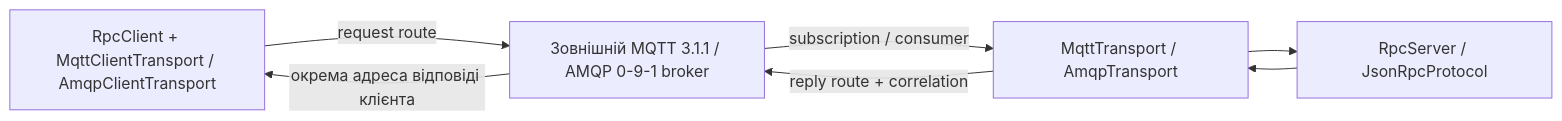
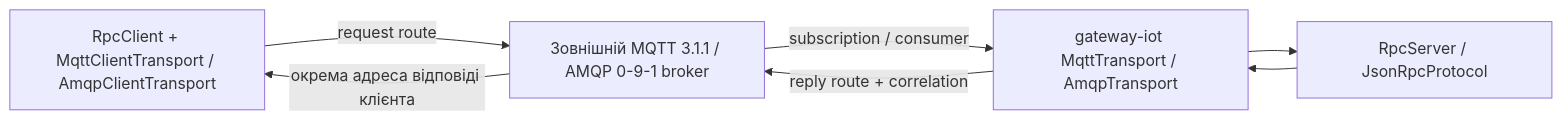
One commit to vsvictor/JSON-RPC-2 changed the fifth of 8 diagrams in docs/ARCHITECTURE.md. Above: the diagram before and after it, drawn with Mermaid. The commit also changed other lines of this file and 41 other files, not shown here.

````diff
--- a/docs/ARCHITECTURE.md
+++ b/docs/ARCHITECTURE.md
@@ -272,13 +274,13 @@
 ```mermaid
 flowchart LR
     Client["RpcClient + MqttClientTransport / AmqpClientTransport"]
     Broker["Зовнішній MQTT 3.1.1 / AMQP 0-9-1 broker"]
-    Service["MqttTransport / AmqpTransport"]
+    Service["gateway-iot MqttTransport / AmqpTransport"]
     Protocol["RpcServer / JsonRpcProtocol"]
     Client -->|request route| Broker
     Broker -->|subscription / consumer| Service
     Service --> Protocol
     Protocol --> Service
     Service -->|reply route + correlation| Broker
     Broker -->|окрема адреса відповіді клієнта| Client
 ```
````
